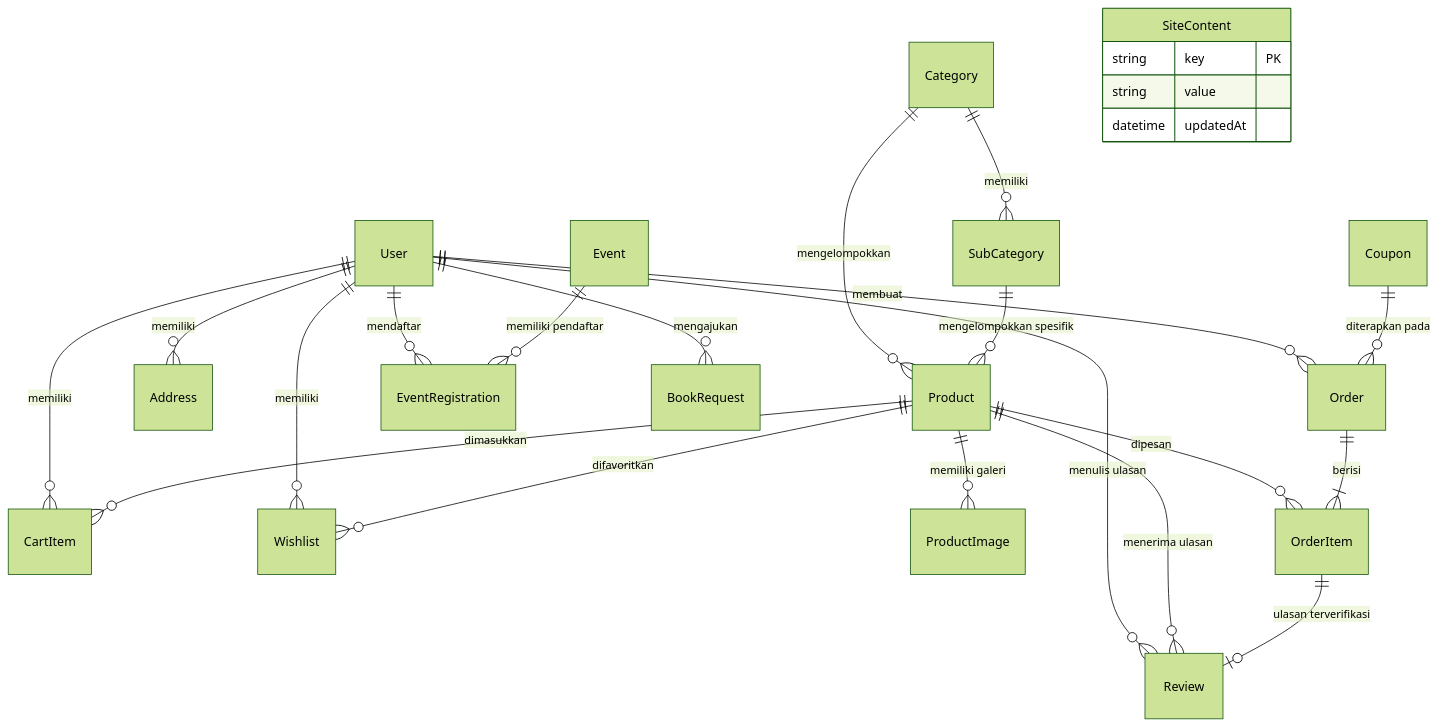
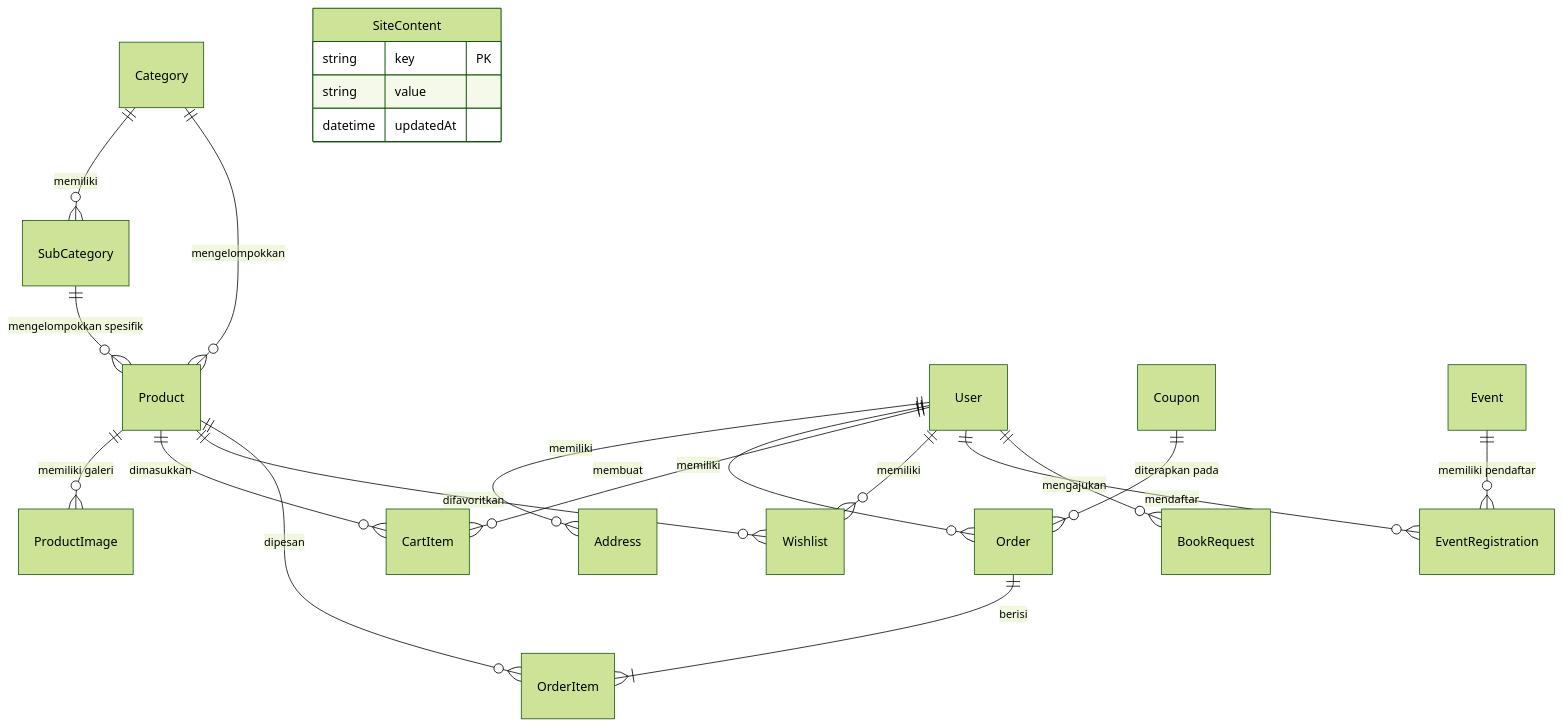
The diagram in docs/DATABASE_SCHEMA.md (muhammadarkanmariadi-debug/BabyShalls-monorepo), drawn with Mermaid (forest theme) before and after one commit. The commit also changed other lines of this file and 30 other files, not shown here.

Commit message:
feat(hero): add manual slide & hover controls; refactor: remove product rating & review system

````diff
--- a/docs/DATABASE_SCHEMA.md
+++ b/docs/DATABASE_SCHEMA.md
@@ -12,31 +12,28 @@
 ```mermaid
 erDiagram
     Category ||--o{ SubCategory : "memiliki"
     Category ||--o{ Product : "mengelompokkan"
     SubCategory ||--o{ Product : "mengelompokkan spesifik"
 
     User ||--o{ Address : "memiliki"
     User ||--o{ Order : "membuat"
-    User ||--o{ Review : "menulis ulasan"
     User ||--o{ CartItem : "memiliki"
     User ||--o{ Wishlist : "memiliki"
     User ||--o{ EventRegistration : "mendaftar"
     User ||--o{ BookRequest : "mengajukan"
 
     Product ||--o{ ProductImage : "memiliki galeri"
-    Product ||--o{ Review : "menerima ulasan"
     Product ||--o{ CartItem : "dimasukkan"
     Product ||--o{ Wishlist : "difavoritkan"
     Product ||--o{ OrderItem : "dipesan"
 
     Order ||--|{ OrderItem : "berisi"
-    OrderItem ||--o| Review : "ulasan terverifikasi"
     Coupon ||--o{ Order : "diterapkan pada"
     Event ||--o{ EventRegistration : "memiliki pendaftar"
 
     SiteContent {
         string key PK
         string value
         datetime updatedAt
     }
 ```
````
